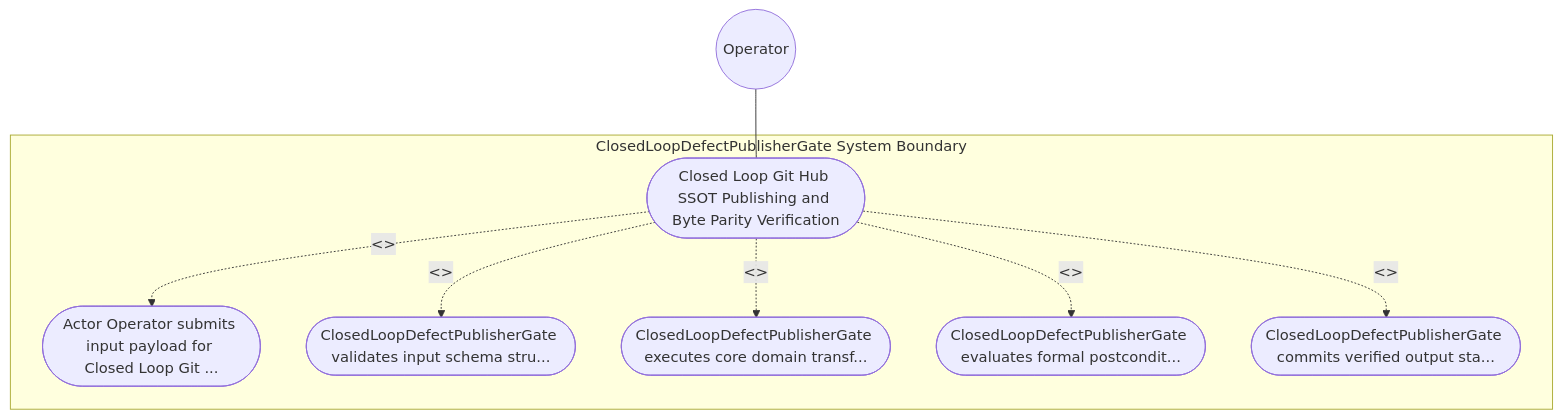
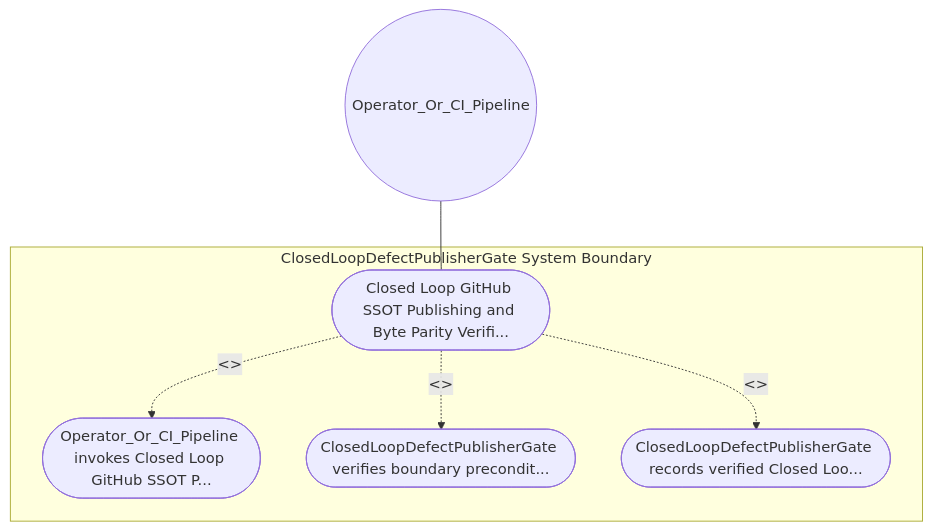
Before and after one commit to gintatkinson/DEAP01-spec-core: the diagram in .pipeline/upstream/docs/use-cases/UC-29-Closed_Loop_GitHub_SSOT_Publishing_and_Byte_Parity_Verification.md, drawn with Mermaid. The commit also changed other lines of this file and 213 other files, not shown here.

Commit message:
fix(upstream): regenerate blueprint sidecars, upstream dogfood specs, and GitHub backlog (refs #691, #692, #693, #694, #695, #696, #697, #698, #699)

````diff
--- a/.pipeline/upstream/docs/use-cases/UC-29-Closed_Loop_GitHub_SSOT_Publishing_and_Byte_Parity_Verification.md
+++ b/.pipeline/upstream/docs/use-cases/UC-29-Closed_Loop_GitHub_SSOT_Publishing_and_Byte_Parity_Verification.md
@@ -16,17 +16,13 @@
 ```mermaid
 graph TD
     subgraph "ClosedLoopDefectPublisherGate System Boundary"
-        UC_Main(["Closed Loop Git Hub SSOT Publishing and Byte Parity Verification"])
-        UC_Step01(["Actor Operator submits input payload for Closed Loop Git ..."])
-        UC_Step02(["ClosedLoopDefectPublisherGate validates input schema stru..."])
-        UC_Step03(["ClosedLoopDefectPublisherGate executes core domain transf..."])
-        UC_Step04(["ClosedLoopDefectPublisherGate evaluates formal postcondit..."])
-        UC_Step05(["ClosedLoopDefectPublisherGate commits verified output sta..."])
+        UC_Main(["Closed Loop GitHub SSOT Publishing and Byte Parity Verifi..."])
+        UC_Step01(["Operator_Or_CI_Pipeline invokes Closed Loop GitHub SSOT P..."])
+        UC_Step02(["ClosedLoopDefectPublisherGate verifies boundary precondit..."])
+        UC_Step03(["ClosedLoopDefectPublisherGate records verified Closed Loo..."])
     end
-    Operator(("Operator")) --- UC_Main
+    Operator_Or_CI_Pipeline(("Operator_Or_CI_Pipeline")) --- UC_Main
     UC_Main -. "<<include>>" .-> UC_Step01
     UC_Main -. "<<include>>" .-> UC_Step02
     UC_Main -. "<<include>>" .-> UC_Step03
-    UC_Main -. "<<include>>" .-> UC_Step04
-    UC_Main -. "<<include>>" .-> UC_Step05
 ```
````
